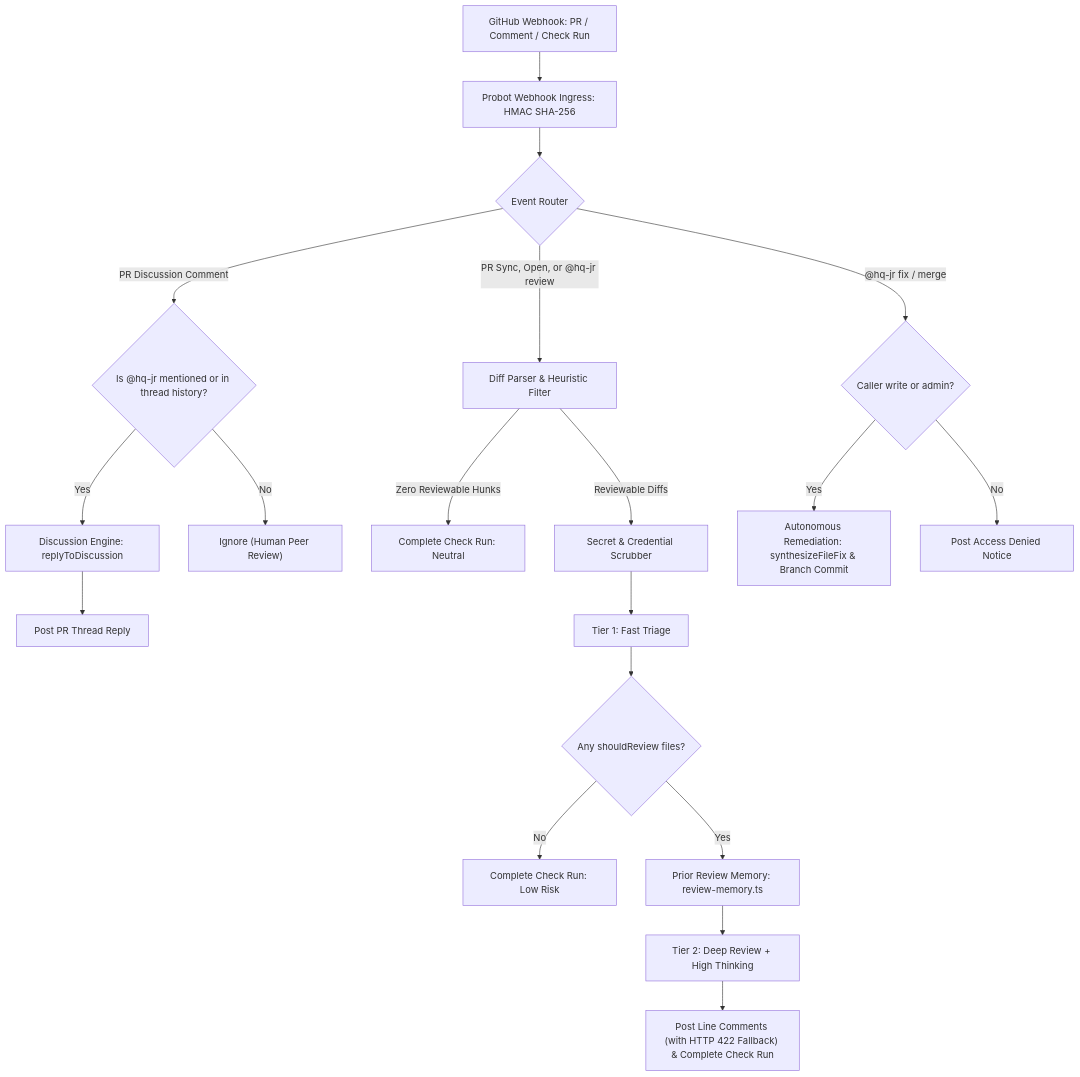
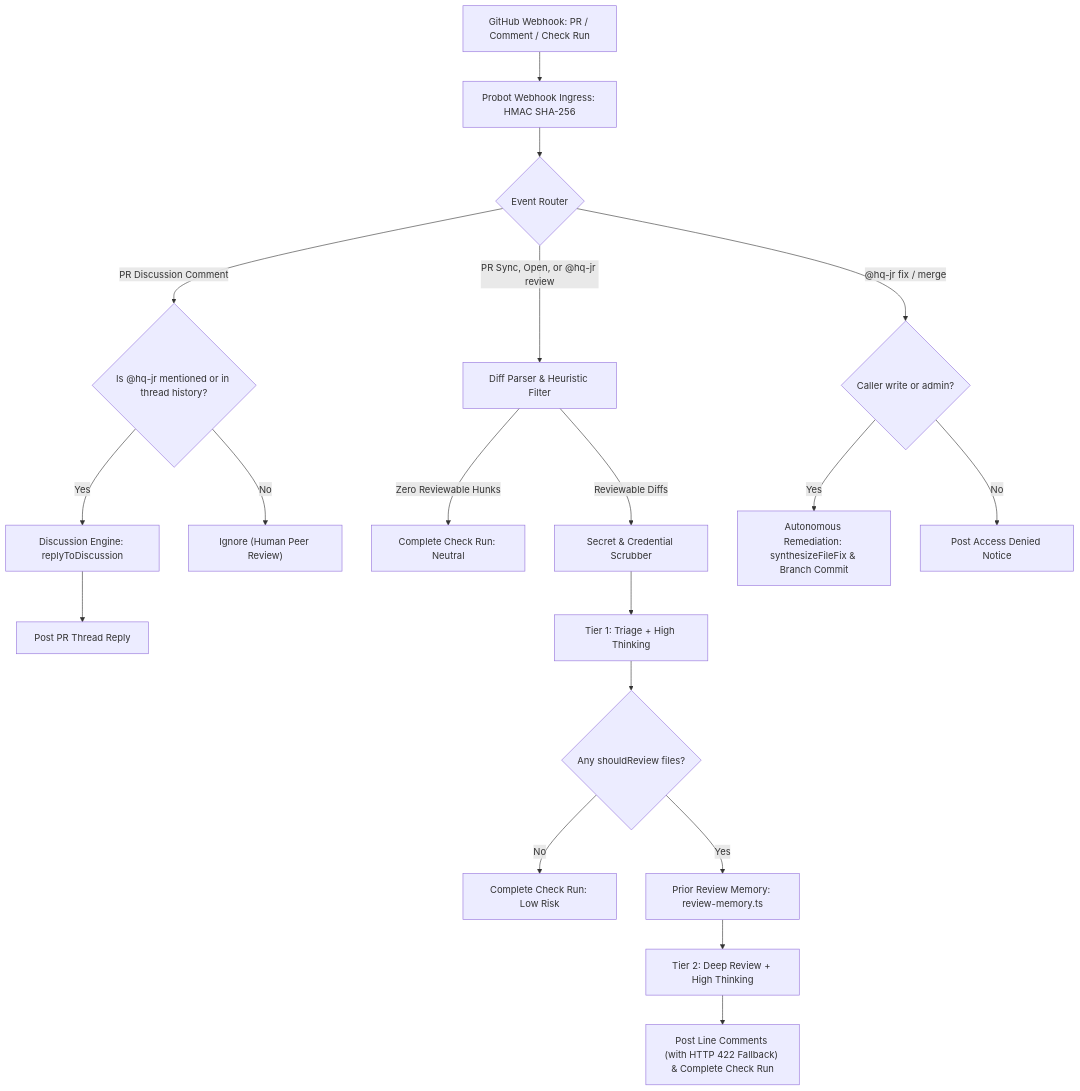
One commit to adi-IL/hq-jr changed the diagram in README.md. Above: the diagram before and after it, drawn with Mermaid. The commit also changed other lines of this file and 6 other files, not shown here.

````diff
--- a/README.md
+++ b/README.md
@@ -51,26 +51,26 @@
 ```mermaid
 flowchart TD
     PR["GitHub Webhook: PR / Comment / Check Run"] --> Ingress["Probot Webhook Ingress: HMAC SHA-256"]
     Ingress --> Route{"Event Router"}
     
     Route -->|"PR Discussion Comment"| AntiHijack{"Is @hq-jr mentioned or in thread history?"}
     AntiHijack -->|"Yes"| Disc["Discussion Engine: replyToDiscussion"]
     Disc --> PostReply["Post PR Thread Reply"]
     AntiHijack -->|"No"| Ignore["Ignore (Human Peer Review)"]
     
     Route -->|"PR Sync, Open, or @hq-jr review"| Filter["Diff Parser & Heuristic Filter"]
     Filter -->|"Zero Reviewable Hunks"| FastPass["Complete Check Run: Neutral"]
     Filter -->|"Reviewable Diffs"| Scrubber["Secret & Credential Scrubber"]
-    Scrubber --> Tier1["Tier 1: Fast Triage"]
+    Scrubber --> Tier1["Tier 1: Triage + High Thinking"]
     
     Tier1 --> TriageDecision{"Any shouldReview files?"}
     TriageDecision -->|"No"| LowRiskExit["Complete Check Run: Low Risk"]
     TriageDecision -->|"Yes"| Memory["Prior Review Memory: review-memory.ts"]
     Memory --> Tier2["Tier 2: Deep Review + High Thinking"]
     
     Tier2 --> Output["Post Line Comments (with HTTP 422 Fallback) & Complete Check Run"]
     
     Route -->|"@hq-jr fix / merge"| RBAC{"Caller write or admin?"}
     RBAC -->|"Yes"| Remediate["Autonomous Remediation: synthesizeFileFix & Branch Commit"]
     RBAC -->|"No"| Deny["Post Access Denied Notice"]
 ```
````
